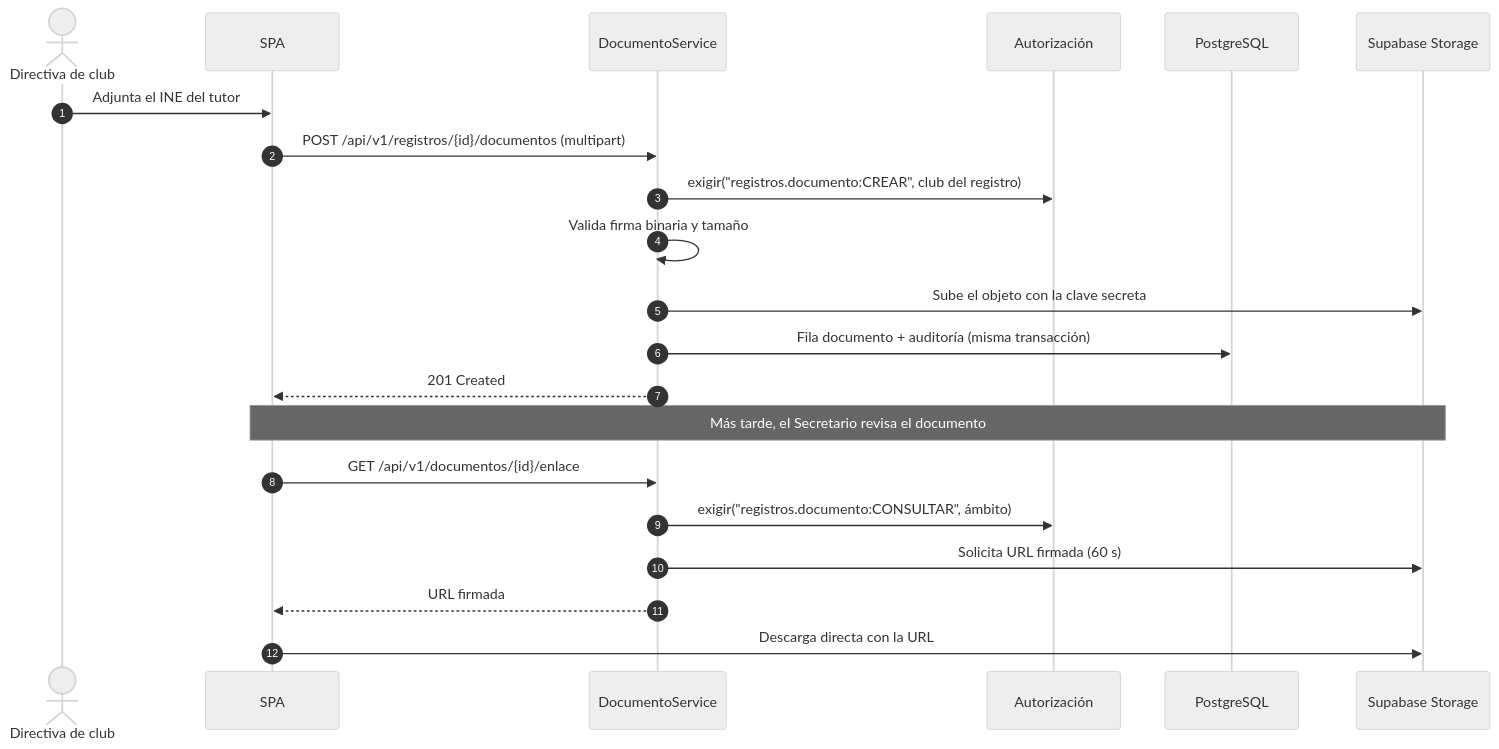
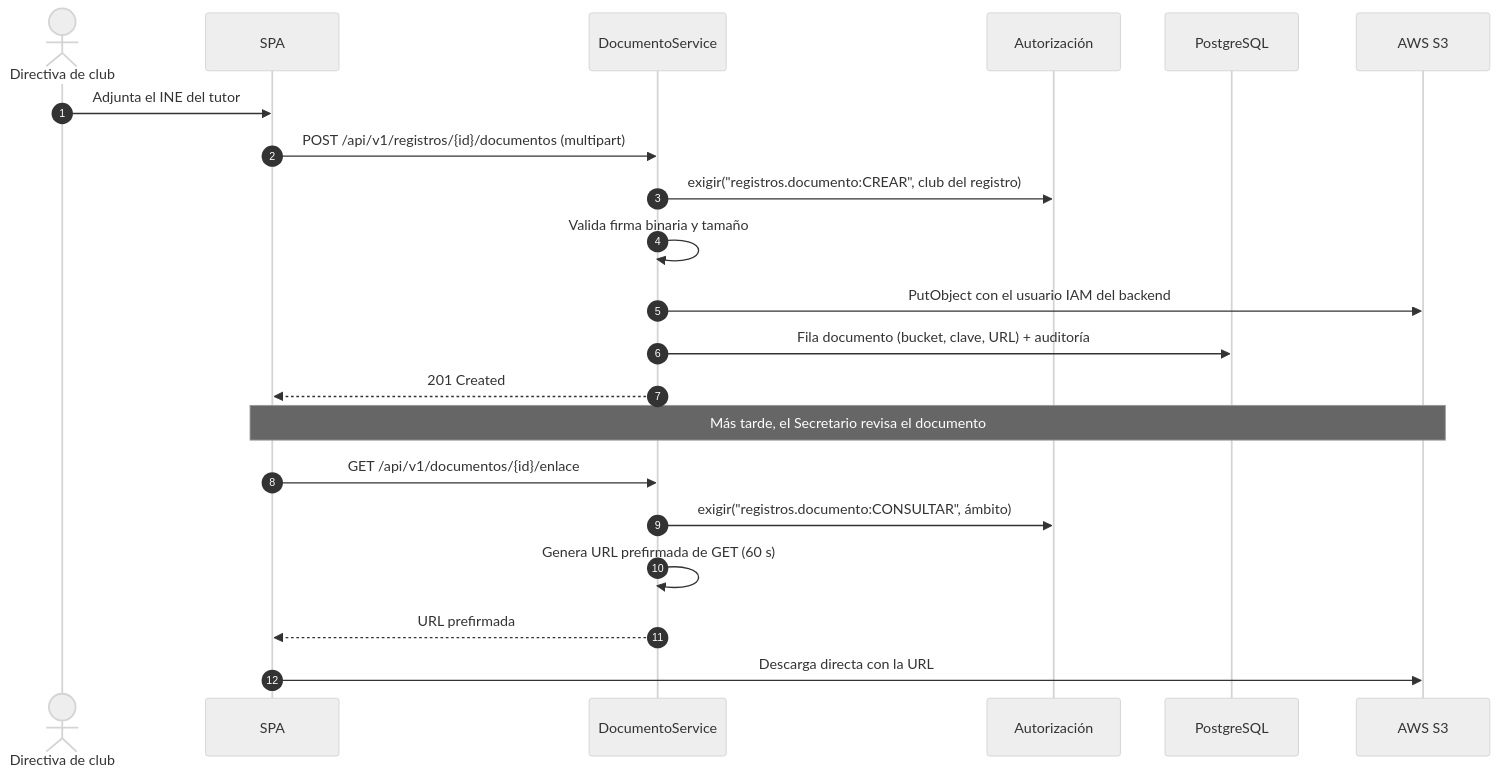
One commit to israelweil/SIGLIM changed diagram 14 of 15 in docs/arquitectura/arquitectura-y-diseno-jerarquico.md. Above: the diagram before and after it, drawn with Mermaid (neutral theme). The commit also changed other lines of this file and 30 other files, not shown here.

````diff
--- a/docs/arquitectura/arquitectura-y-diseno-jerarquico.md
+++ b/docs/arquitectura/arquitectura-y-diseno-jerarquico.md
@@ -578,23 +581,23 @@
 ```mermaid
 sequenceDiagram
     autonumber
     actor D as Directiva de club
     participant SPA
     participant S as DocumentoService
     participant Z as Autorización
     participant BD as PostgreSQL
-    participant ST as Supabase Storage
+    participant ST as AWS S3
     D->>SPA: Adjunta el INE del tutor
     SPA->>S: POST /api/v1/registros/{id}/documentos (multipart)
     S->>Z: exigir("registros.documento:CREAR", club del registro)
     S->>S: Valida firma binaria y tamaño
-    S->>ST: Sube el objeto con la clave secreta
-    S->>BD: Fila documento + auditoría (misma transacción)
+    S->>ST: PutObject con el usuario IAM del backend
+    S->>BD: Fila documento (bucket, clave, URL) + auditoría
     S-->>SPA: 201 Created
     Note over SPA,ST: Más tarde, el Secretario revisa el documento
     SPA->>S: GET /api/v1/documentos/{id}/enlace
     S->>Z: exigir("registros.documento:CONSULTAR", ámbito)
-    S->>ST: Solicita URL firmada (60 s)
-    S-->>SPA: URL firmada
+    S->>S: Genera URL prefirmada de GET (60 s)
+    S-->>SPA: URL prefirmada
     SPA->>ST: Descarga directa con la URL
 ```
````
